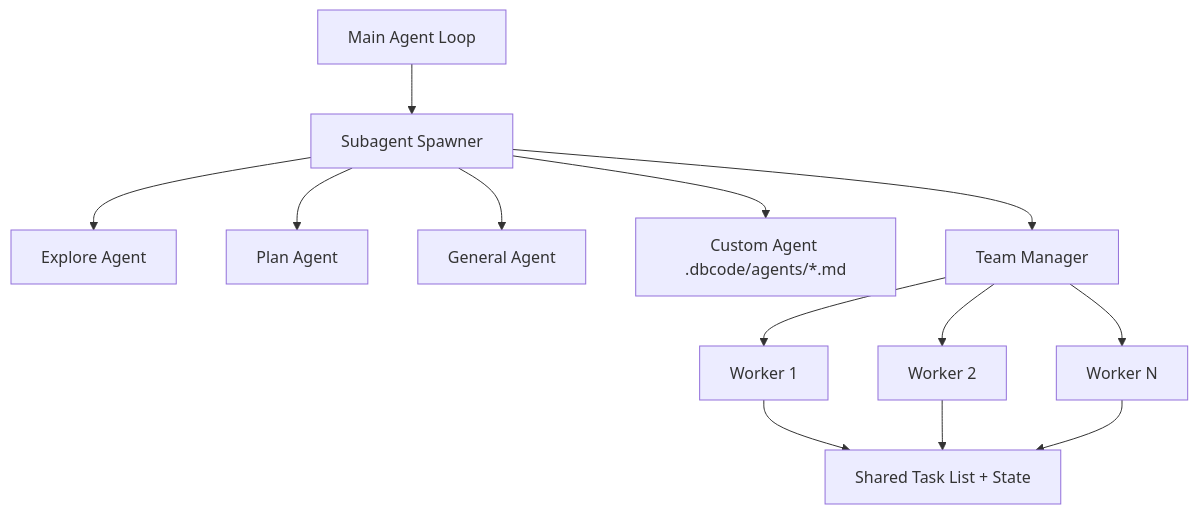
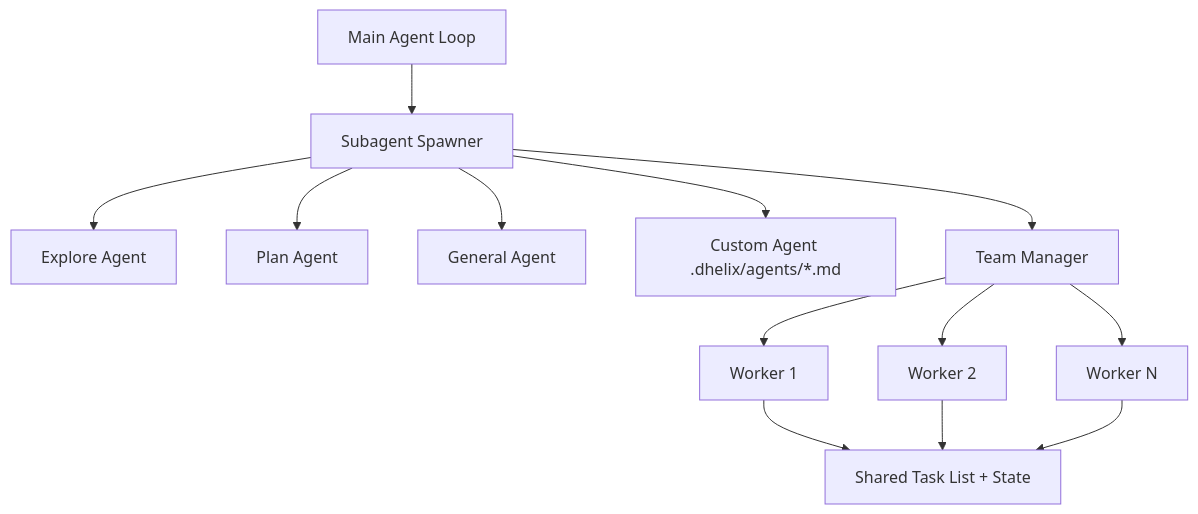
One commit to bigbulgogiburger/DHelix-Code changed the second of 2 diagrams in .claude/docs/reference/architecture-deep.md. Above: the diagram before and after it, drawn with Mermaid. The commit also changed other lines of this file and 383 other files, not shown here.

First line of the commit message:
refactor: dbcode → Dhelix Code 전체 리네이밍 + v0.2.0 + Double Helix 로고 + 브랜드 컬러

````diff
--- a/.claude/docs/reference/architecture-deep.md
+++ b/.claude/docs/reference/architecture-deep.md
@@ -69,13 +69,13 @@
 ```mermaid
 graph TD
     MAIN[Main Agent Loop] --> SPAWN[Subagent Spawner]
     SPAWN --> EXPLORE[Explore Agent]
     SPAWN --> PLAN[Plan Agent]
     SPAWN --> GENERAL[General Agent]
-    SPAWN --> CUSTOM[Custom Agent .dbcode/agents/*.md]
+    SPAWN --> CUSTOM[Custom Agent .dhelix/agents/*.md]
     SPAWN --> TEAM[Team Manager]
     TEAM --> T1[Worker 1]
     TEAM --> T2[Worker 2]
     TEAM --> T3[Worker N]
     T1 & T2 & T3 --> SHARED[Shared Task List + State]
 ```
````
